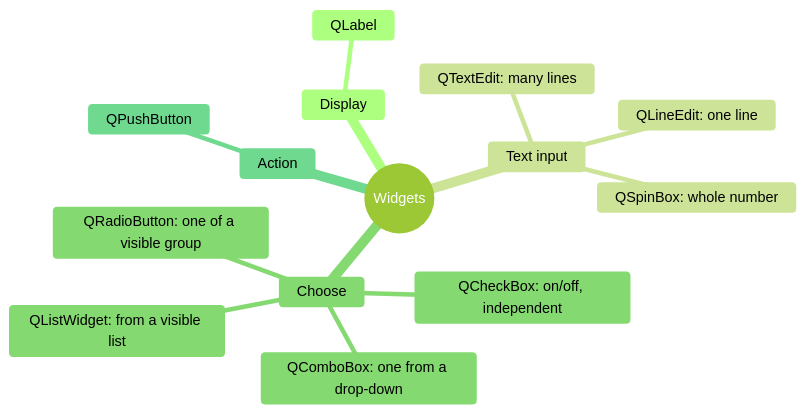
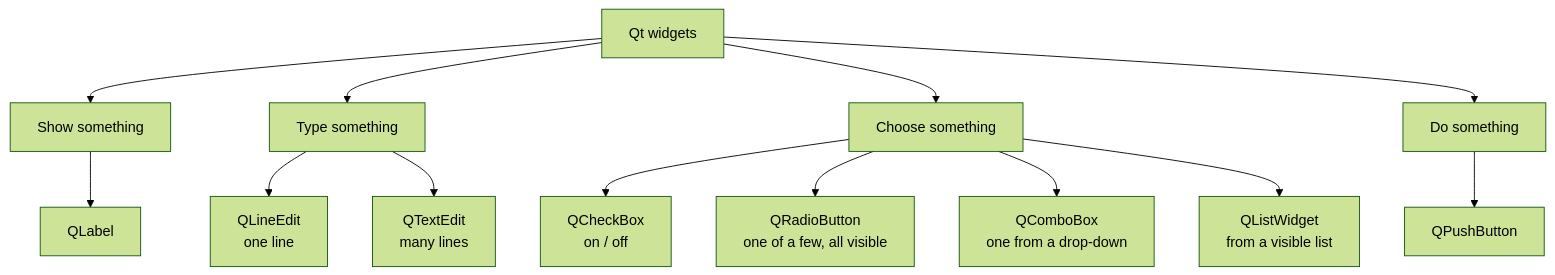
Before and after one commit to TheTangentLine/IFB104_Revision: the second of 2 diagrams in revision.md, drawn with Mermaid (forest theme). The commit also changed other lines of this file, not shown here.

````diff
--- a/revision.md
+++ b/revision.md
@@ -189,17 +122,15 @@
 ```mermaid
-mindmap
-  root((Widgets))
-    Display
-      QLabel
-    Text input
-      QLineEdit: one line
-      QTextEdit: many lines
-      QSpinBox: whole number
-    Choose
-      QCheckBox: on/off, independent
-      QRadioButton: one of a visible group
-      QComboBox: one from a drop-down
-      QListWidget: from a visible list
-    Action
-      QPushButton
+flowchart TD
+    W["Qt widgets"] --> Show["Show something"]
+    W --> Type["Type something"]
+    W --> Choose["Choose something"]
+    W --> Act["Do something"]
+    Show --> L["QLabel"]
+    Type --> LE["QLineEdit<br/>one line"]
+    Type --> TE["QTextEdit<br/>many lines"]
+    Choose --> CB["QCheckBox<br/>on / off"]
+    Choose --> RB["QRadioButton<br/>one of a few, all visible"]
+    Choose --> CO["QComboBox<br/>one from a drop-down"]
+    Choose --> LW["QListWidget<br/>from a visible list"]
+    Act --> PB["QPushButton"]
 ```
````
